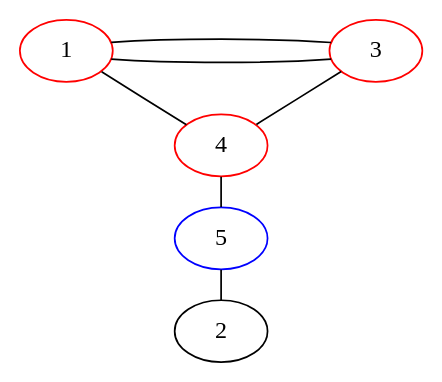
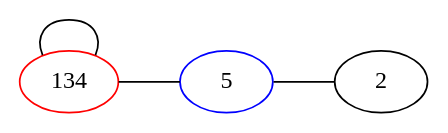
Before and after one commit to bilboquet/gamelib: the diagram in sprouts/start_2_nodes_reduced/1241.dot, drawn with Graphviz. The commit also changed 19 other files, not shown here.

```diff
--- a/sprouts/start_2_nodes_reduced/1241.dot
+++ b/sprouts/start_2_nodes_reduced/1241.dot
@@ -1,23 +1,8 @@
 graph {
   rankdir="LR";
-  1 -- 3;
-  1 -- 3;
-  1 -- 4;
-  4 -- 3;
-  4 -- 5;
+  134 -- 5;
+  134 -- 134;
   5 -- 2;
-
-  {
-    rank="same";
-    4;
-    5;
-    2;
-
-  }
-
-  1 [color="red"];
-  3 [color="red"];
-  4 [color="red"];
+  134 [color="red"];
   5 [color="blue"];
-
 }
```
